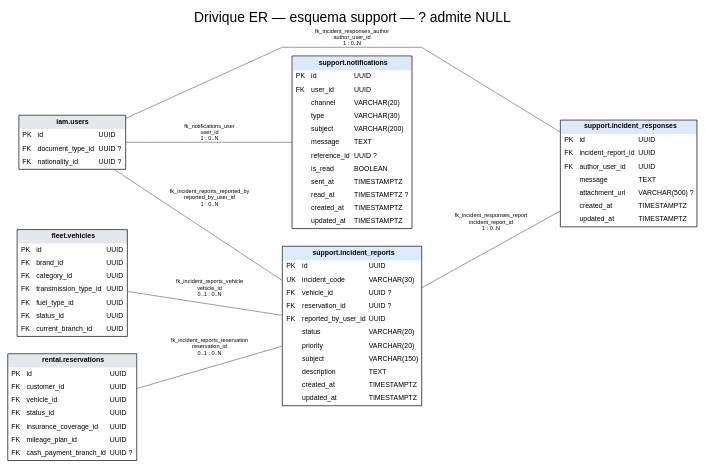
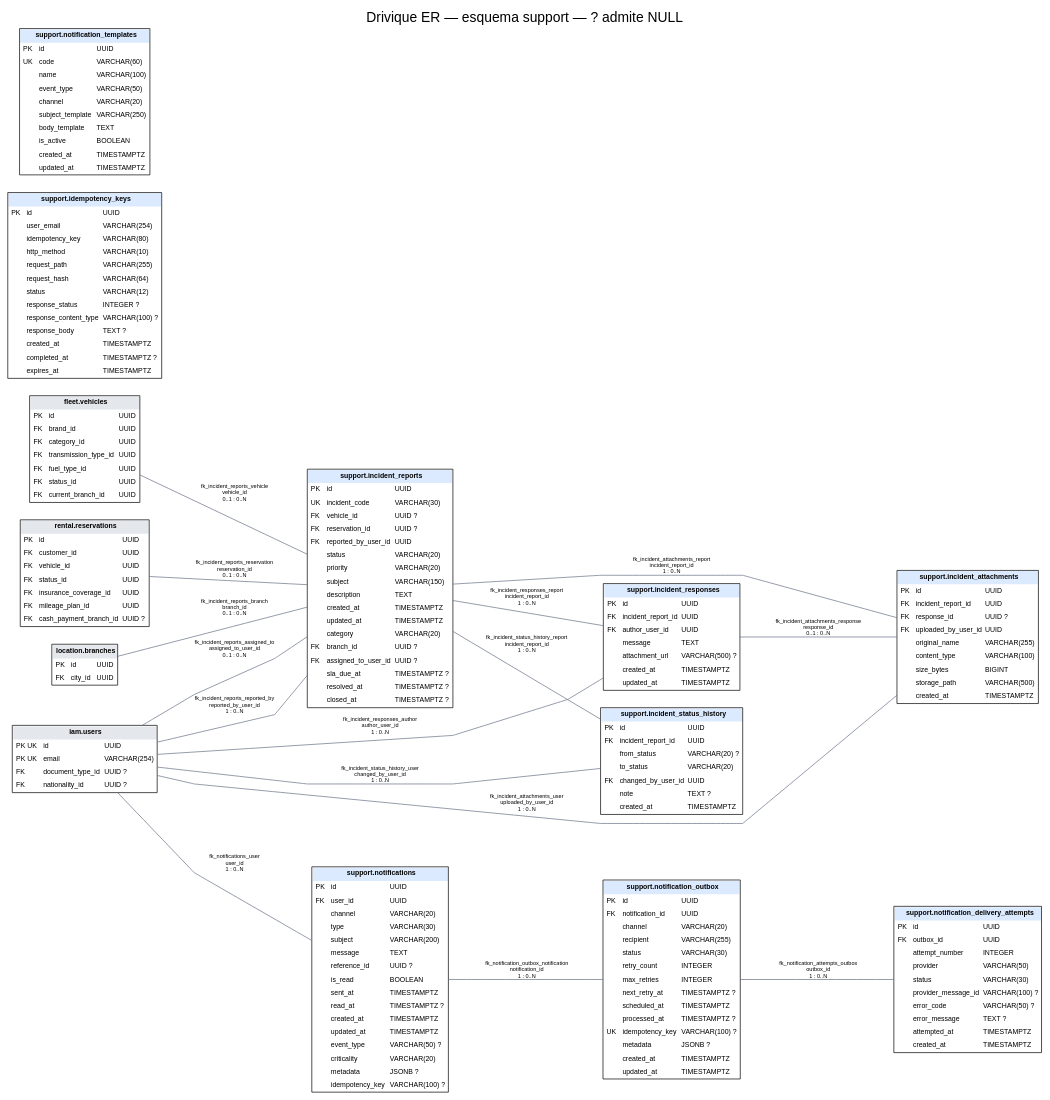
One commit to project-drivique/Documentation changed the diagram in docs/assets/diagrams/er-support.dot. Above: the diagram before and after it, drawn with Graphviz. The commit also changed 38 other files, not shown here.

First line of the commit message:
docs(database): regenerate the ER diagrams and bring the data dictionary in line with the migrated schema [HU-INT-23]

```diff
--- a/docs/assets/diagrams/er-support.dot
+++ b/docs/assets/diagrams/er-support.dot
@@ -3,15 +3,31 @@
 node [shape=plain,fontname="Arial"];
 edge [fontname="Arial",fontsize=8,dir=none,color="#667085"];
 "fleet.vehicles" [label=<<TABLE BORDER="1" CELLBORDER="0" CELLSPACING="0" CELLPADDING="4"><TR><TD COLSPAN="3" BGCOLOR="#e4e7ec"><B>fleet.vehicles</B></TD></TR><TR><TD ALIGN="LEFT">PK</TD><TD ALIGN="LEFT">id</TD><TD ALIGN="LEFT">UUID</TD></TR><TR><TD ALIGN="LEFT">FK</TD><TD ALIGN="LEFT">brand_id</TD><TD ALIGN="LEFT">UUID</TD></TR><TR><TD ALIGN="LEFT">FK</TD><TD ALIGN="LEFT">category_id</TD><TD ALIGN="LEFT">UUID</TD></TR><TR><TD ALIGN="LEFT">FK</TD><TD ALIGN="LEFT">transmission_type_id</TD><TD ALIGN="LEFT">UUID</TD></TR><TR><TD ALIGN="LEFT">FK</TD><TD ALIGN="LEFT">fuel_type_id</TD><TD ALIGN="LEFT">UUID</TD></TR><TR><TD ALIGN="LEFT">FK</TD><TD ALIGN="LEFT">status_id</TD><TD ALIGN="LEFT">UUID</TD></TR><TR><TD ALIGN="LEFT">FK</TD><TD ALIGN="LEFT">current_branch_id</TD><TD ALIGN="LEFT">UUID</TD></TR></TABLE>>,fontsize=10];
-"iam.users" [label=<<TABLE BORDER="1" CELLBORDER="0" CELLSPACING="0" CELLPADDING="4"><TR><TD COLSPAN="3" BGCOLOR="#e4e7ec"><B>iam.users</B></TD></TR><TR><TD ALIGN="LEFT">PK</TD><TD ALIGN="LEFT">id</TD><TD ALIGN="LEFT">UUID</TD></TR><TR><TD ALIGN="LEFT">FK</TD><TD ALIGN="LEFT">document_type_id</TD><TD ALIGN="LEFT">UUID ?</TD></TR><TR><TD ALIGN="LEFT">FK</TD><TD ALIGN="LEFT">nationality_id</TD><TD ALIGN="LEFT">UUID ?</TD></TR></TABLE>>,fontsize=10];
+"iam.users" [label=<<TABLE BORDER="1" CELLBORDER="0" CELLSPACING="0" CELLPADDING="4"><TR><TD COLSPAN="3" BGCOLOR="#e4e7ec"><B>iam.users</B></TD></TR><TR><TD ALIGN="LEFT">PK UK</TD><TD ALIGN="LEFT">id</TD><TD ALIGN="LEFT">UUID</TD></TR><TR><TD ALIGN="LEFT">PK UK</TD><TD ALIGN="LEFT">email</TD><TD ALIGN="LEFT">VARCHAR(254)</TD></TR><TR><TD ALIGN="LEFT">FK</TD><TD ALIGN="LEFT">document_type_id</TD><TD ALIGN="LEFT">UUID ?</TD></TR><TR><TD ALIGN="LEFT">FK</TD><TD ALIGN="LEFT">nationality_id</TD><TD ALIGN="LEFT">UUID ?</TD></TR></TABLE>>,fontsize=10];
+"location.branches" [label=<<TABLE BORDER="1" CELLBORDER="0" CELLSPACING="0" CELLPADDING="4"><TR><TD COLSPAN="3" BGCOLOR="#e4e7ec"><B>location.branches</B></TD></TR><TR><TD ALIGN="LEFT">PK</TD><TD ALIGN="LEFT">id</TD><TD ALIGN="LEFT">UUID</TD></TR><TR><TD ALIGN="LEFT">FK</TD><TD ALIGN="LEFT">city_id</TD><TD ALIGN="LEFT">UUID</TD></TR></TABLE>>,fontsize=10];
 "rental.reservations" [label=<<TABLE BORDER="1" CELLBORDER="0" CELLSPACING="0" CELLPADDING="4"><TR><TD COLSPAN="3" BGCOLOR="#e4e7ec"><B>rental.reservations</B></TD></TR><TR><TD ALIGN="LEFT">PK</TD><TD ALIGN="LEFT">id</TD><TD ALIGN="LEFT">UUID</TD></TR><TR><TD ALIGN="LEFT">FK</TD><TD ALIGN="LEFT">customer_id</TD><TD ALIGN="LEFT">UUID</TD></TR><TR><TD ALIGN="LEFT">FK</TD><TD ALIGN="LEFT">vehicle_id</TD><TD ALIGN="LEFT">UUID</TD></TR><TR><TD ALIGN="LEFT">FK</TD><TD ALIGN="LEFT">status_id</TD><TD ALIGN="LEFT">UUID</TD></TR><TR><TD ALIGN="LEFT">FK</TD><TD ALIGN="LEFT">insurance_coverage_id</TD><TD ALIGN="LEFT">UUID</TD></TR><TR><TD ALIGN="LEFT">FK</TD><TD ALIGN="LEFT">mileage_plan_id</TD><TD ALIGN="LEFT">UUID</TD></TR><TR><TD ALIGN="LEFT">FK</TD><TD ALIGN="LEFT">cash_payment_branch_id</TD><TD ALIGN="LEFT">UUID ?</TD></TR></TABLE>>,fontsize=10];
-"support.incident_reports" [label=<<TABLE BORDER="1" CELLBORDER="0" CELLSPACING="0" CELLPADDING="4"><TR><TD COLSPAN="3" BGCOLOR="#dbeafe"><B>support.incident_reports</B></TD></TR><TR><TD ALIGN="LEFT">PK</TD><TD ALIGN="LEFT">id</TD><TD ALIGN="LEFT">UUID</TD></TR><TR><TD ALIGN="LEFT">UK</TD><TD ALIGN="LEFT">incident_code</TD><TD ALIGN="LEFT">VARCHAR(30)</TD></TR><TR><TD ALIGN="LEFT">FK</TD><TD ALIGN="LEFT">vehicle_id</TD><TD ALIGN="LEFT">UUID ?</TD></TR><TR><TD ALIGN="LEFT">FK</TD><TD ALIGN="LEFT">reservation_id</TD><TD ALIGN="LEFT">UUID ?</TD></TR><TR><TD ALIGN="LEFT">FK</TD><TD ALIGN="LEFT">reported_by_user_id</TD><TD ALIGN="LEFT">UUID</TD></TR><TR><TD ALIGN="LEFT"></TD><TD ALIGN="LEFT">status</TD><TD ALIGN="LEFT">VARCHAR(20)</TD></TR><TR><TD ALIGN="LEFT"></TD><TD ALIGN="LEFT">priority</TD><TD ALIGN="LEFT">VARCHAR(20)</TD></TR><TR><TD ALIGN="LEFT"></TD><TD ALIGN="LEFT">subject</TD><TD ALIGN="LEFT">VARCHAR(150)</TD></TR><TR><TD ALIGN="LEFT"></TD><TD ALIGN="LEFT">description</TD><TD ALIGN="LEFT">TEXT</TD></TR><TR><TD ALIGN="LEFT"></TD><TD ALIGN="LEFT">created_at</TD><TD ALIGN="LEFT">TIMESTAMPTZ</TD></TR><TR><TD ALIGN="LEFT"></TD><TD ALIGN="LEFT">updated_at</TD><TD ALIGN="LEFT">TIMESTAMPTZ</TD></TR></TABLE>>,fontsize=10];
+"support.idempotency_keys" [label=<<TABLE BORDER="1" CELLBORDER="0" CELLSPACING="0" CELLPADDING="4"><TR><TD COLSPAN="3" BGCOLOR="#dbeafe"><B>support.idempotency_keys</B></TD></TR><TR><TD ALIGN="LEFT">PK</TD><TD ALIGN="LEFT">id</TD><TD ALIGN="LEFT">UUID</TD></TR><TR><TD ALIGN="LEFT"></TD><TD ALIGN="LEFT">user_email</TD><TD ALIGN="LEFT">VARCHAR(254)</TD></TR><TR><TD ALIGN="LEFT"></TD><TD ALIGN="LEFT">idempotency_key</TD><TD ALIGN="LEFT">VARCHAR(80)</TD></TR><TR><TD ALIGN="LEFT"></TD><TD ALIGN="LEFT">http_method</TD><TD ALIGN="LEFT">VARCHAR(10)</TD></TR><TR><TD ALIGN="LEFT"></TD><TD ALIGN="LEFT">request_path</TD><TD ALIGN="LEFT">VARCHAR(255)</TD></TR><TR><TD ALIGN="LEFT"></TD><TD ALIGN="LEFT">request_hash</TD><TD ALIGN="LEFT">VARCHAR(64)</TD></TR><TR><TD ALIGN="LEFT"></TD><TD ALIGN="LEFT">status</TD><TD ALIGN="LEFT">VARCHAR(12)</TD></TR><TR><TD ALIGN="LEFT"></TD><TD ALIGN="LEFT">response_status</TD><TD ALIGN="LEFT">INTEGER ?</TD></TR><TR><TD ALIGN="LEFT"></TD><TD ALIGN="LEFT">response_content_type</TD><TD ALIGN="LEFT">VARCHAR(100) ?</TD></TR><TR><TD ALIGN="LEFT"></TD><TD ALIGN="LEFT">response_body</TD><TD ALIGN="LEFT">TEXT ?</TD></TR><TR><TD ALIGN="LEFT"></TD><TD ALIGN="LEFT">created_at</TD><TD ALIGN="LEFT">TIMESTAMPTZ</TD></TR><TR><TD ALIGN="LEFT"></TD><TD ALIGN="LEFT">completed_at</TD><TD ALIGN="LEFT">TIMESTAMPTZ ?</TD></TR><TR><TD ALIGN="LEFT"></TD><TD ALIGN="LEFT">expires_at</TD><TD ALIGN="LEFT">TIMESTAMPTZ</TD></TR></TABLE>>,fontsize=10];
+"support.incident_attachments" [label=<<TABLE BORDER="1" CELLBORDER="0" CELLSPACING="0" CELLPADDING="4"><TR><TD COLSPAN="3" BGCOLOR="#dbeafe"><B>support.incident_attachments</B></TD></TR><TR><TD ALIGN="LEFT">PK</TD><TD ALIGN="LEFT">id</TD><TD ALIGN="LEFT">UUID</TD></TR><TR><TD ALIGN="LEFT">FK</TD><TD ALIGN="LEFT">incident_report_id</TD><TD ALIGN="LEFT">UUID</TD></TR><TR><TD ALIGN="LEFT">FK</TD><TD ALIGN="LEFT">response_id</TD><TD ALIGN="LEFT">UUID ?</TD></TR><TR><TD ALIGN="LEFT">FK</TD><TD ALIGN="LEFT">uploaded_by_user_id</TD><TD ALIGN="LEFT">UUID</TD></TR><TR><TD ALIGN="LEFT"></TD><TD ALIGN="LEFT">original_name</TD><TD ALIGN="LEFT">VARCHAR(255)</TD></TR><TR><TD ALIGN="LEFT"></TD><TD ALIGN="LEFT">content_type</TD><TD ALIGN="LEFT">VARCHAR(100)</TD></TR><TR><TD ALIGN="LEFT"></TD><TD ALIGN="LEFT">size_bytes</TD><TD ALIGN="LEFT">BIGINT</TD></TR><TR><TD ALIGN="LEFT"></TD><TD ALIGN="LEFT">storage_path</TD><TD ALIGN="LEFT">VARCHAR(500)</TD></TR><TR><TD ALIGN="LEFT"></TD><TD ALIGN="LEFT">created_at</TD><TD ALIGN="LEFT">TIMESTAMPTZ</TD></TR></TABLE>>,fontsize=10];
+"support.incident_reports" [label=<<TABLE BORDER="1" CELLBORDER="0" CELLSPACING="0" CELLPADDING="4"><TR><TD COLSPAN="3" BGCOLOR="#dbeafe"><B>support.incident_reports</B></TD></TR><TR><TD ALIGN="LEFT">PK</TD><TD ALIGN="LEFT">id</TD><TD ALIGN="LEFT">UUID</TD></TR><TR><TD ALIGN="LEFT">UK</TD><TD ALIGN="LEFT">incident_code</TD><TD ALIGN="LEFT">VARCHAR(30)</TD></TR><TR><TD ALIGN="LEFT">FK</TD><TD ALIGN="LEFT">vehicle_id</TD><TD ALIGN="LEFT">UUID ?</TD></TR><TR><TD ALIGN="LEFT">FK</TD><TD ALIGN="LEFT">reservation_id</TD><TD ALIGN="LEFT">UUID ?</TD></TR><TR><TD ALIGN="LEFT">FK</TD><TD ALIGN="LEFT">reported_by_user_id</TD><TD ALIGN="LEFT">UUID</TD></TR><TR><TD ALIGN="LEFT"></TD><TD ALIGN="LEFT">status</TD><TD ALIGN="LEFT">VARCHAR(20)</TD></TR><TR><TD ALIGN="LEFT"></TD><TD ALIGN="LEFT">priority</TD><TD ALIGN="LEFT">VARCHAR(20)</TD></TR><TR><TD ALIGN="LEFT"></TD><TD ALIGN="LEFT">subject</TD><TD ALIGN="LEFT">VARCHAR(150)</TD></TR><TR><TD ALIGN="LEFT"></TD><TD ALIGN="LEFT">description</TD><TD ALIGN="LEFT">TEXT</TD></TR><TR><TD ALIGN="LEFT"></TD><TD ALIGN="LEFT">created_at</TD><TD ALIGN="LEFT">TIMESTAMPTZ</TD></TR><TR><TD ALIGN="LEFT"></TD><TD ALIGN="LEFT">updated_at</TD><TD ALIGN="LEFT">TIMESTAMPTZ</TD></TR><TR><TD ALIGN="LEFT"></TD><TD ALIGN="LEFT">category</TD><TD ALIGN="LEFT">VARCHAR(20)</TD></TR><TR><TD ALIGN="LEFT">FK</TD><TD ALIGN="LEFT">branch_id</TD><TD ALIGN="LEFT">UUID ?</TD></TR><TR><TD ALIGN="LEFT">FK</TD><TD ALIGN="LEFT">assigned_to_user_id</TD><TD ALIGN="LEFT">UUID ?</TD></TR><TR><TD ALIGN="LEFT"></TD><TD ALIGN="LEFT">sla_due_at</TD><TD ALIGN="LEFT">TIMESTAMPTZ ?</TD></TR><TR><TD ALIGN="LEFT"></TD><TD ALIGN="LEFT">resolved_at</TD><TD ALIGN="LEFT">TIMESTAMPTZ ?</TD></TR><TR><TD ALIGN="LEFT"></TD><TD ALIGN="LEFT">closed_at</TD><TD ALIGN="LEFT">TIMESTAMPTZ ?</TD></TR></TABLE>>,fontsize=10];
 "support.incident_responses" [label=<<TABLE BORDER="1" CELLBORDER="0" CELLSPACING="0" CELLPADDING="4"><TR><TD COLSPAN="3" BGCOLOR="#dbeafe"><B>support.incident_responses</B></TD></TR><TR><TD ALIGN="LEFT">PK</TD><TD ALIGN="LEFT">id</TD><TD ALIGN="LEFT">UUID</TD></TR><TR><TD ALIGN="LEFT">FK</TD><TD ALIGN="LEFT">incident_report_id</TD><TD ALIGN="LEFT">UUID</TD></TR><TR><TD ALIGN="LEFT">FK</TD><TD ALIGN="LEFT">author_user_id</TD><TD ALIGN="LEFT">UUID</TD></TR><TR><TD ALIGN="LEFT"></TD><TD ALIGN="LEFT">message</TD><TD ALIGN="LEFT">TEXT</TD></TR><TR><TD ALIGN="LEFT"></TD><TD ALIGN="LEFT">attachment_url</TD><TD ALIGN="LEFT">VARCHAR(500) ?</TD></TR><TR><TD ALIGN="LEFT"></TD><TD ALIGN="LEFT">created_at</TD><TD ALIGN="LEFT">TIMESTAMPTZ</TD></TR><TR><TD ALIGN="LEFT"></TD><TD ALIGN="LEFT">updated_at</TD><TD ALIGN="LEFT">TIMESTAMPTZ</TD></TR></TABLE>>,fontsize=10];
-"support.notifications" [label=<<TABLE BORDER="1" CELLBORDER="0" CELLSPACING="0" CELLPADDING="4"><TR><TD COLSPAN="3" BGCOLOR="#dbeafe"><B>support.notifications</B></TD></TR><TR><TD ALIGN="LEFT">PK</TD><TD ALIGN="LEFT">id</TD><TD ALIGN="LEFT">UUID</TD></TR><TR><TD ALIGN="LEFT">FK</TD><TD ALIGN="LEFT">user_id</TD><TD ALIGN="LEFT">UUID</TD></TR><TR><TD ALIGN="LEFT"></TD><TD ALIGN="LEFT">channel</TD><TD ALIGN="LEFT">VARCHAR(20)</TD></TR><TR><TD ALIGN="LEFT"></TD><TD ALIGN="LEFT">type</TD><TD ALIGN="LEFT">VARCHAR(30)</TD></TR><TR><TD ALIGN="LEFT"></TD><TD ALIGN="LEFT">subject</TD><TD ALIGN="LEFT">VARCHAR(200)</TD></TR><TR><TD ALIGN="LEFT"></TD><TD ALIGN="LEFT">message</TD><TD ALIGN="LEFT">TEXT</TD></TR><TR><TD ALIGN="LEFT"></TD><TD ALIGN="LEFT">reference_id</TD><TD ALIGN="LEFT">UUID ?</TD></TR><TR><TD ALIGN="LEFT"></TD><TD ALIGN="LEFT">is_read</TD><TD ALIGN="LEFT">BOOLEAN</TD></TR><TR><TD ALIGN="LEFT"></TD><TD ALIGN="LEFT">sent_at</TD><TD ALIGN="LEFT">TIMESTAMPTZ</TD></TR><TR><TD ALIGN="LEFT"></TD><TD ALIGN="LEFT">read_at</TD><TD ALIGN="LEFT">TIMESTAMPTZ ?</TD></TR><TR><TD ALIGN="LEFT"></TD><TD ALIGN="LEFT">created_at</TD><TD ALIGN="LEFT">TIMESTAMPTZ</TD></TR><TR><TD ALIGN="LEFT"></TD><TD ALIGN="LEFT">updated_at</TD><TD ALIGN="LEFT">TIMESTAMPTZ</TD></TR></TABLE>>,fontsize=10];
+"support.incident_status_history" [label=<<TABLE BORDER="1" CELLBORDER="0" CELLSPACING="0" CELLPADDING="4"><TR><TD COLSPAN="3" BGCOLOR="#dbeafe"><B>support.incident_status_history</B></TD></TR><TR><TD ALIGN="LEFT">PK</TD><TD ALIGN="LEFT">id</TD><TD ALIGN="LEFT">UUID</TD></TR><TR><TD ALIGN="LEFT">FK</TD><TD ALIGN="LEFT">incident_report_id</TD><TD ALIGN="LEFT">UUID</TD></TR><TR><TD ALIGN="LEFT"></TD><TD ALIGN="LEFT">from_status</TD><TD ALIGN="LEFT">VARCHAR(20) ?</TD></TR><TR><TD ALIGN="LEFT"></TD><TD ALIGN="LEFT">to_status</TD><TD ALIGN="LEFT">VARCHAR(20)</TD></TR><TR><TD ALIGN="LEFT">FK</TD><TD ALIGN="LEFT">changed_by_user_id</TD><TD ALIGN="LEFT">UUID</TD></TR><TR><TD ALIGN="LEFT"></TD><TD ALIGN="LEFT">note</TD><TD ALIGN="LEFT">TEXT ?</TD></TR><TR><TD ALIGN="LEFT"></TD><TD ALIGN="LEFT">created_at</TD><TD ALIGN="LEFT">TIMESTAMPTZ</TD></TR></TABLE>>,fontsize=10];
+"support.notification_delivery_attempts" [label=<<TABLE BORDER="1" CELLBORDER="0" CELLSPACING="0" CELLPADDING="4"><TR><TD COLSPAN="3" BGCOLOR="#dbeafe"><B>support.notification_delivery_attempts</B></TD></TR><TR><TD ALIGN="LEFT">PK</TD><TD ALIGN="LEFT">id</TD><TD ALIGN="LEFT">UUID</TD></TR><TR><TD ALIGN="LEFT">FK</TD><TD ALIGN="LEFT">outbox_id</TD><TD ALIGN="LEFT">UUID</TD></TR><TR><TD ALIGN="LEFT"></TD><TD ALIGN="LEFT">attempt_number</TD><TD ALIGN="LEFT">INTEGER</TD></TR><TR><TD ALIGN="LEFT"></TD><TD ALIGN="LEFT">provider</TD><TD ALIGN="LEFT">VARCHAR(50)</TD></TR><TR><TD ALIGN="LEFT"></TD><TD ALIGN="LEFT">status</TD><TD ALIGN="LEFT">VARCHAR(30)</TD></TR><TR><TD ALIGN="LEFT"></TD><TD ALIGN="LEFT">provider_message_id</TD><TD ALIGN="LEFT">VARCHAR(100) ?</TD></TR><TR><TD ALIGN="LEFT"></TD><TD ALIGN="LEFT">error_code</TD><TD ALIGN="LEFT">VARCHAR(50) ?</TD></TR><TR><TD ALIGN="LEFT"></TD><TD ALIGN="LEFT">error_message</TD><TD ALIGN="LEFT">TEXT ?</TD></TR><TR><TD ALIGN="LEFT"></TD><TD ALIGN="LEFT">attempted_at</TD><TD ALIGN="LEFT">TIMESTAMPTZ</TD></TR><TR><TD ALIGN="LEFT"></TD><TD ALIGN="LEFT">created_at</TD><TD ALIGN="LEFT">TIMESTAMPTZ</TD></TR></TABLE>>,fontsize=10];
+"support.notification_outbox" [label=<<TABLE BORDER="1" CELLBORDER="0" CELLSPACING="0" CELLPADDING="4"><TR><TD COLSPAN="3" BGCOLOR="#dbeafe"><B>support.notification_outbox</B></TD></TR><TR><TD ALIGN="LEFT">PK</TD><TD ALIGN="LEFT">id</TD><TD ALIGN="LEFT">UUID</TD></TR><TR><TD ALIGN="LEFT">FK</TD><TD ALIGN="LEFT">notification_id</TD><TD ALIGN="LEFT">UUID</TD></TR><TR><TD ALIGN="LEFT"></TD><TD ALIGN="LEFT">channel</TD><TD ALIGN="LEFT">VARCHAR(20)</TD></TR><TR><TD ALIGN="LEFT"></TD><TD ALIGN="LEFT">recipient</TD><TD ALIGN="LEFT">VARCHAR(255)</TD></TR><TR><TD ALIGN="LEFT"></TD><TD ALIGN="LEFT">status</TD><TD ALIGN="LEFT">VARCHAR(30)</TD></TR><TR><TD ALIGN="LEFT"></TD><TD ALIGN="LEFT">retry_count</TD><TD ALIGN="LEFT">INTEGER</TD></TR><TR><TD ALIGN="LEFT"></TD><TD ALIGN="LEFT">max_retries</TD><TD ALIGN="LEFT">INTEGER</TD></TR><TR><TD ALIGN="LEFT"></TD><TD ALIGN="LEFT">next_retry_at</TD><TD ALIGN="LEFT">TIMESTAMPTZ ?</TD></TR><TR><TD ALIGN="LEFT"></TD><TD ALIGN="LEFT">scheduled_at</TD><TD ALIGN="LEFT">TIMESTAMPTZ</TD></TR><TR><TD ALIGN="LEFT"></TD><TD ALIGN="LEFT">processed_at</TD><TD ALIGN="LEFT">TIMESTAMPTZ ?</TD></TR><TR><TD ALIGN="LEFT">UK</TD><TD ALIGN="LEFT">idempotency_key</TD><TD ALIGN="LEFT">VARCHAR(100) ?</TD></TR><TR><TD ALIGN="LEFT"></TD><TD ALIGN="LEFT">metadata</TD><TD ALIGN="LEFT">JSONB ?</TD></TR><TR><TD ALIGN="LEFT"></TD><TD ALIGN="LEFT">created_at</TD><TD ALIGN="LEFT">TIMESTAMPTZ</TD></TR><TR><TD ALIGN="LEFT"></TD><TD ALIGN="LEFT">updated_at</TD><TD ALIGN="LEFT">TIMESTAMPTZ</TD></TR></TABLE>>,fontsize=10];
+"support.notification_templates" [label=<<TABLE BORDER="1" CELLBORDER="0" CELLSPACING="0" CELLPADDING="4"><TR><TD COLSPAN="3" BGCOLOR="#dbeafe"><B>support.notification_templates</B></TD></TR><TR><TD ALIGN="LEFT">PK</TD><TD ALIGN="LEFT">id</TD><TD ALIGN="LEFT">UUID</TD></TR><TR><TD ALIGN="LEFT">UK</TD><TD ALIGN="LEFT">code</TD><TD ALIGN="LEFT">VARCHAR(60)</TD></TR><TR><TD ALIGN="LEFT"></TD><TD ALIGN="LEFT">name</TD><TD ALIGN="LEFT">VARCHAR(100)</TD></TR><TR><TD ALIGN="LEFT"></TD><TD ALIGN="LEFT">event_type</TD><TD ALIGN="LEFT">VARCHAR(50)</TD></TR><TR><TD ALIGN="LEFT"></TD><TD ALIGN="LEFT">channel</TD><TD ALIGN="LEFT">VARCHAR(20)</TD></TR><TR><TD ALIGN="LEFT"></TD><TD ALIGN="LEFT">subject_template</TD><TD ALIGN="LEFT">VARCHAR(250)</TD></TR><TR><TD ALIGN="LEFT"></TD><TD ALIGN="LEFT">body_template</TD><TD ALIGN="LEFT">TEXT</TD></TR><TR><TD ALIGN="LEFT"></TD><TD ALIGN="LEFT">is_active</TD><TD ALIGN="LEFT">BOOLEAN</TD></TR><TR><TD ALIGN="LEFT"></TD><TD ALIGN="LEFT">created_at</TD><TD ALIGN="LEFT">TIMESTAMPTZ</TD></TR><TR><TD ALIGN="LEFT"></TD><TD ALIGN="LEFT">updated_at</TD><TD ALIGN="LEFT">TIMESTAMPTZ</TD></TR></TABLE>>,fontsize=10];
+"support.notifications" [label=<<TABLE BORDER="1" CELLBORDER="0" CELLSPACING="0" CELLPADDING="4"><TR><TD COLSPAN="3" BGCOLOR="#dbeafe"><B>support.notifications</B></TD></TR><TR><TD ALIGN="LEFT">PK</TD><TD ALIGN="LEFT">id</TD><TD ALIGN="LEFT">UUID</TD></TR><TR><TD ALIGN="LEFT">FK</TD><TD ALIGN="LEFT">user_id</TD><TD ALIGN="LEFT">UUID</TD></TR><TR><TD ALIGN="LEFT"></TD><TD ALIGN="LEFT">channel</TD><TD ALIGN="LEFT">VARCHAR(20)</TD></TR><TR><TD ALIGN="LEFT"></TD><TD ALIGN="LEFT">type</TD><TD ALIGN="LEFT">VARCHAR(30)</TD></TR><TR><TD ALIGN="LEFT"></TD><TD ALIGN="LEFT">subject</TD><TD ALIGN="LEFT">VARCHAR(200)</TD></TR><TR><TD ALIGN="LEFT"></TD><TD ALIGN="LEFT">message</TD><TD ALIGN="LEFT">TEXT</TD></TR><TR><TD ALIGN="LEFT"></TD><TD ALIGN="LEFT">reference_id</TD><TD ALIGN="LEFT">UUID ?</TD></TR><TR><TD ALIGN="LEFT"></TD><TD ALIGN="LEFT">is_read</TD><TD ALIGN="LEFT">BOOLEAN</TD></TR><TR><TD ALIGN="LEFT"></TD><TD ALIGN="LEFT">sent_at</TD><TD ALIGN="LEFT">TIMESTAMPTZ</TD></TR><TR><TD ALIGN="LEFT"></TD><TD ALIGN="LEFT">read_at</TD><TD ALIGN="LEFT">TIMESTAMPTZ ?</TD></TR><TR><TD ALIGN="LEFT"></TD><TD ALIGN="LEFT">created_at</TD><TD ALIGN="LEFT">TIMESTAMPTZ</TD></TR><TR><TD ALIGN="LEFT"></TD><TD ALIGN="LEFT">updated_at</TD><TD ALIGN="LEFT">TIMESTAMPTZ</TD></TR><TR><TD ALIGN="LEFT"></TD><TD ALIGN="LEFT">event_type</TD><TD ALIGN="LEFT">VARCHAR(50) ?</TD></TR><TR><TD ALIGN="LEFT"></TD><TD ALIGN="LEFT">criticality</TD><TD ALIGN="LEFT">VARCHAR(20)</TD></TR><TR><TD ALIGN="LEFT"></TD><TD ALIGN="LEFT">metadata</TD><TD ALIGN="LEFT">JSONB ?</TD></TR><TR><TD ALIGN="LEFT"></TD><TD ALIGN="LEFT">idempotency_key</TD><TD ALIGN="LEFT">VARCHAR(100) ?</TD></TR></TABLE>>,fontsize=10];
+"support.incident_reports" -> "support.incident_attachments" [label="fk_incident_attachments_report\nincident_report_id\n1 : 0..N"];
+"support.incident_responses" -> "support.incident_attachments" [label="fk_incident_attachments_response\nresponse_id\n0..1 : 0..N"];
+"iam.users" -> "support.incident_attachments" [label="fk_incident_attachments_user\nuploaded_by_user_id\n1 : 0..N"];
 "fleet.vehicles" -> "support.incident_reports" [label="fk_incident_reports_vehicle\nvehicle_id\n0..1 : 0..N"];
 "rental.reservations" -> "support.incident_reports" [label="fk_incident_reports_reservation\nreservation_id\n0..1 : 0..N"];
 "iam.users" -> "support.incident_reports" [label="fk_incident_reports_reported_by\nreported_by_user_id\n1 : 0..N"];
+"location.branches" -> "support.incident_reports" [label="fk_incident_reports_branch\nbranch_id\n0..1 : 0..N"];
+"iam.users" -> "support.incident_reports" [label="fk_incident_reports_assigned_to\nassigned_to_user_id\n0..1 : 0..N"];
 "support.incident_reports" -> "support.incident_responses" [label="fk_incident_responses_report\nincident_report_id\n1 : 0..N"];
 "iam.users" -> "support.incident_responses" [label="fk_incident_responses_author\nauthor_user_id\n1 : 0..N"];
+"support.incident_reports" -> "support.incident_status_history" [label="fk_incident_status_history_report\nincident_report_id\n1 : 0..N"];
+"iam.users" -> "support.incident_status_history" [label="fk_incident_status_history_user\nchanged_by_user_id\n1 : 0..N"];
+"support.notification_outbox" -> "support.notification_delivery_attempts" [label="fk_notification_attempts_outbox\noutbox_id\n1 : 0..N"];
+"support.notifications" -> "support.notification_outbox" [label="fk_notification_outbox_notification\nnotification_id\n1 : 0..N"];
 "iam.users" -> "support.notifications" [label="fk_notifications_user\nuser_id\n1 : 0..N"];
 }
```
